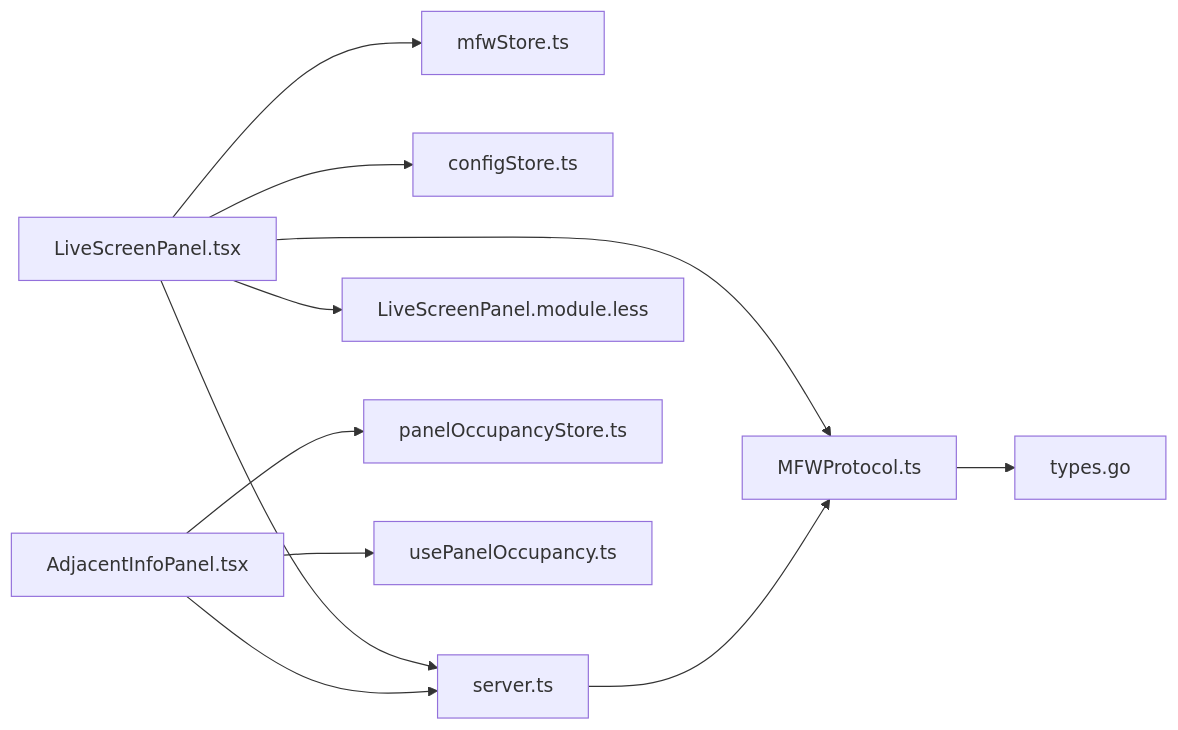
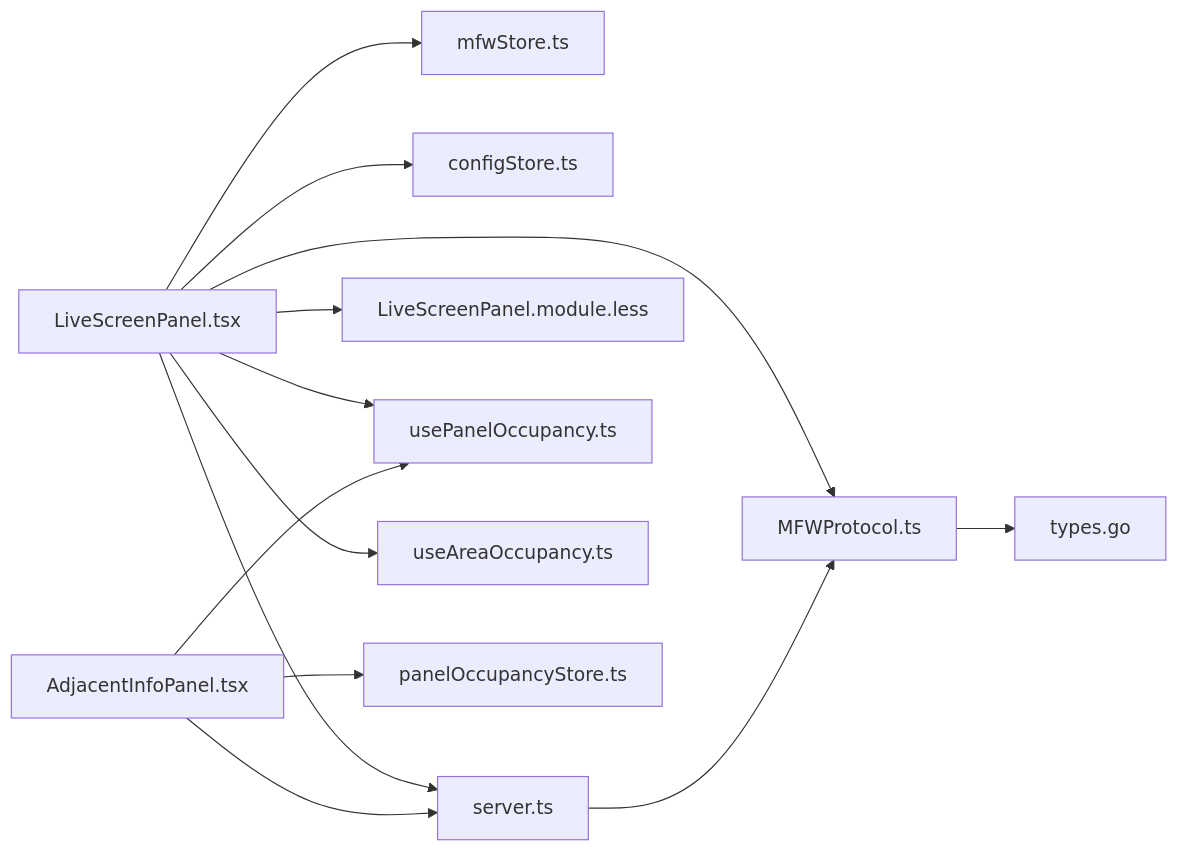
One commit to kqcoxn/MaaPipelineEditor changed the seventh of 7 diagrams in .qoder/repowiki/zh/content/面板与组件/主要面板/实时屏幕面板.md. Above: the diagram before and after it, drawn with Mermaid. The commit also changed other lines of this file and 42 other files, not shown here.

````diff
--- a/.qoder/repowiki/zh/content/面板与组件/主要面板/实时屏幕面板.md
+++ b/.qoder/repowiki/zh/content/面板与组件/主要面板/实时屏幕面板.md
@@ -355,13 +358,15 @@
 ```mermaid
 graph LR
 LSP["LiveScreenPanel.tsx"] --> MFW["mfwStore.ts"]
 LSP --> CFG["configStore.ts"]
 LSP --> SRV["server.ts"]
 LSP --> MFWP["MFWProtocol.ts"]
 LSP --> CSS["LiveScreenPanel.module.less"]
+LSP --> UPO["usePanelOccupancy.ts"]
+LSP --> UAO["useAreaOccupancy.ts"]
 AIP["AdjacentInfoPanel.tsx"] --> SRV
 AIP --> PO["panelOccupancyStore.ts"]
-AIP --> UPO["usePanelOccupancy.ts"]
+AIP --> UPO
 SRV --> MFWP
 MFWP --> TYP["types.go"]
 ```
````
